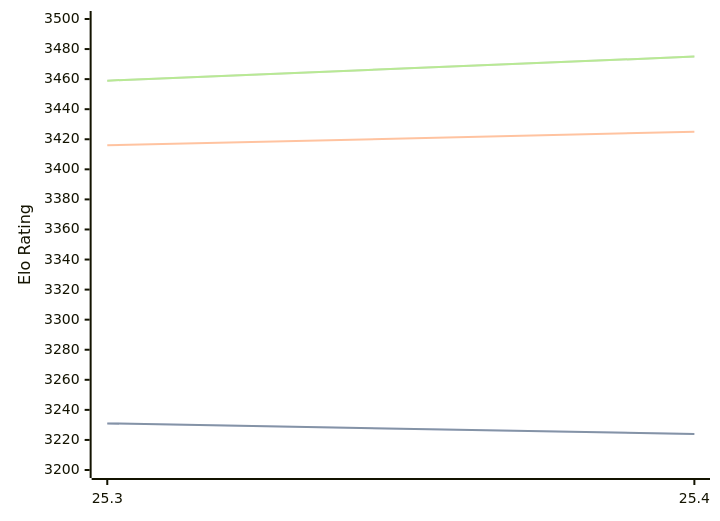
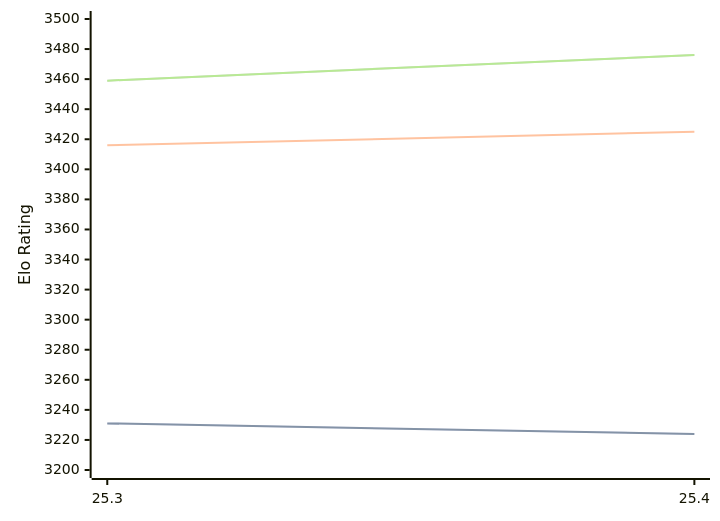
The diagram in engines/Arasan.md (computer-chess-index/cci), drawn with Mermaid before and after one commit. The commit also changed other lines of this file, not shown here.

Commit message:
Update CCI Ratings (ELO VLTC) - 2026-05-22

````diff
--- a/engines/Arasan.md
+++ b/engines/Arasan.md
@@ -33,11 +33,11 @@
 ```mermaid
 %%{init: {"theme":"base","themeVariables":{"seriesColors:['#a3a3a3','#222221','#faa371']}}}%%
 xychart-beta
   x-axis ["25.3", "25.4"]
   y-axis "Elo Rating" 3200 --> 3500
   line "STC (8.0+0.08s)" [3231, 3224]
   line "STC (8.0+0.08s)" [3231, 3224]
   line "LTC (60.0+0.60s)" [3416, 3425]
-  line "VLTC (2m24s+1.12s)" [3459, 3475]
-  line "VLTC (2m24s+1.12s)" [3459, 3475]
+  line "VLTC (2m24s+1.12s)" [3459, 3476]
+  line "VLTC (2m24s+1.12s)" [3459, 3476]
 ```
````
